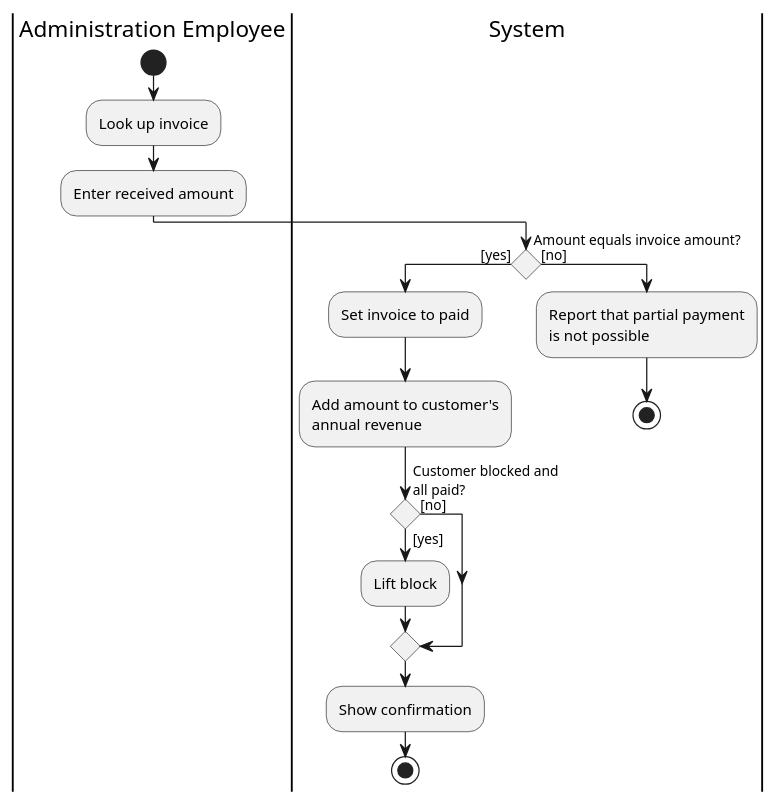
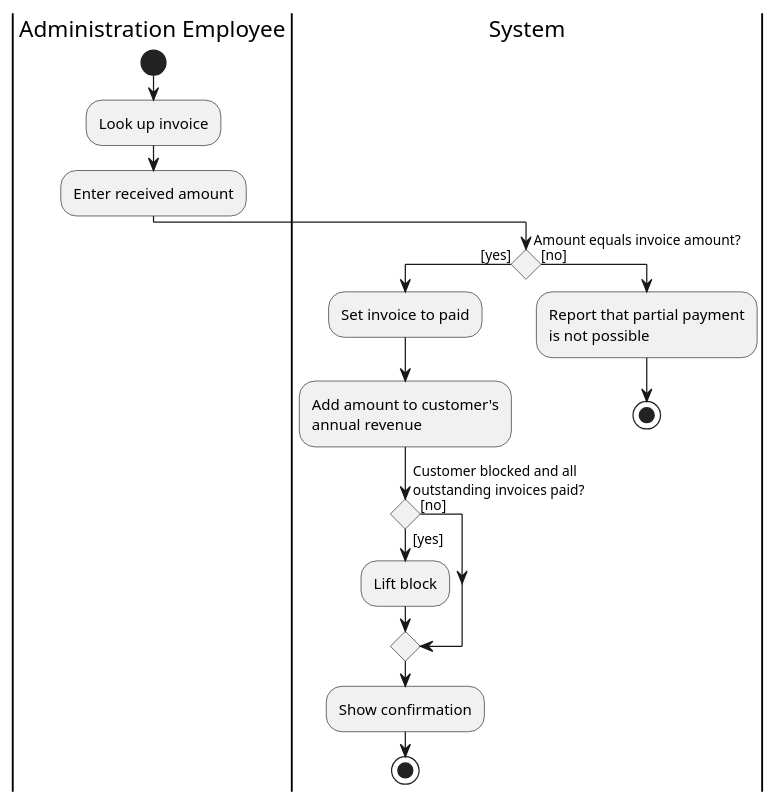
One commit to ViktorQorri/Project-Timaflu changed the diagram in Documentation/Architecture/uml/src/activity_diagrams/AD19_Register_payment.puml. Above: the diagram before and after it, drawn with PlantUML. The commit also changed 3 other files, not shown here.

Commit message:
Enhance activity diagrams for customer management, payment registration, and invoicing processes

```diff
--- a/Documentation/Architecture/uml/src/activity_diagrams/AD19_Register_payment.puml
+++ b/Documentation/Architecture/uml/src/activity_diagrams/AD19_Register_payment.puml
@@ -1,23 +1,23 @@
 @startuml
 skinparam conditionStyle diamond
 skinparam ConditionEndStyle diamond
 skinparam ActivityDiamondFontSize 11
 |Administration Employee|
 start
 :Look up invoice;
 :Enter received amount;
 |System|
 if (Amount equals invoice amount?) then ([yes])
   :Set invoice to paid;
   :Add amount to customer's\nannual revenue;
-  if (Customer blocked and\nall paid?) then ([yes])
+  if (Customer blocked and all\noutstanding invoices paid?) then ([yes])
     :Lift block;
   else ([no])
   endif
   :Show confirmation;
   stop
 else ([no])
   :Report that partial payment\nis not possible;
   stop
 endif
 @enduml
```
